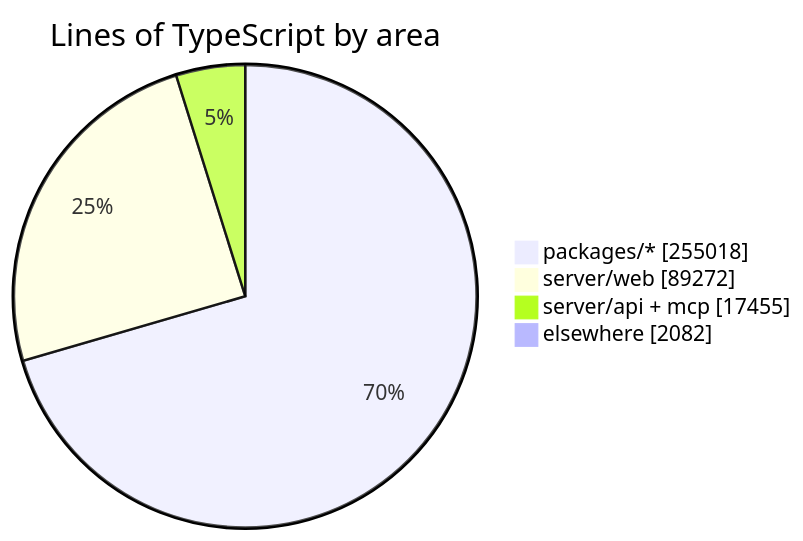
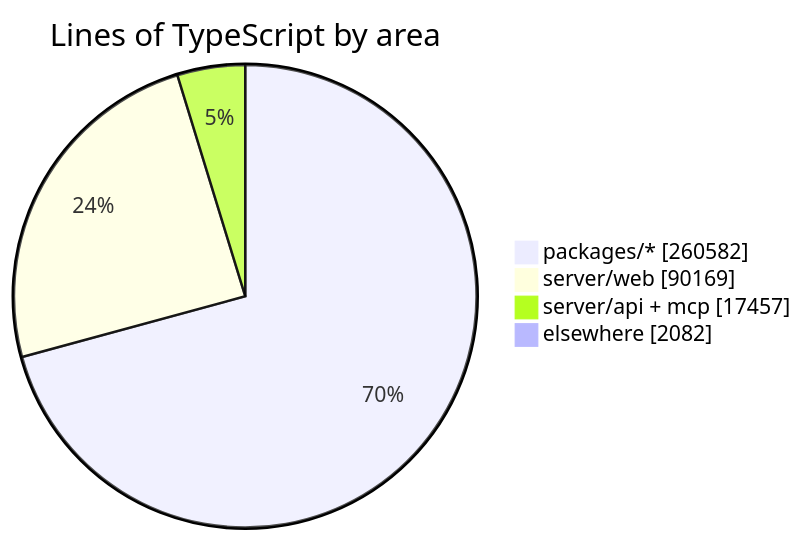
The diagram in README.md (crossworks-engineering/mantle), drawn with Mermaid before and after one commit. The commit also changed other lines of this file and 2 other files, not shown here.

````diff
--- a/README.md
+++ b/README.md
@@ -287,7 +287,7 @@
 ```mermaid
 pie showData title Lines of TypeScript by area
-    "packages/*" : 255018
-    "server/web" : 89272
-    "server/api + mcp" : 17455
+    "packages/*" : 260582
+    "server/web" : 90169
+    "server/api + mcp" : 17457
     "elsewhere" : 2082
 ```
````
